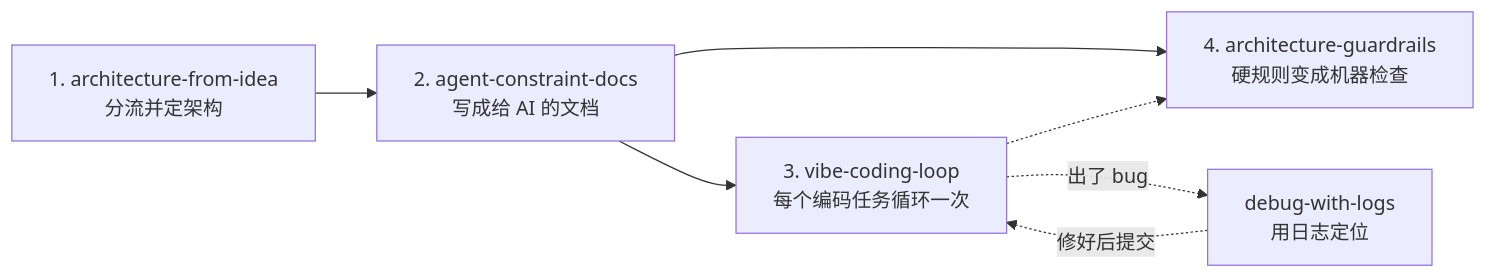
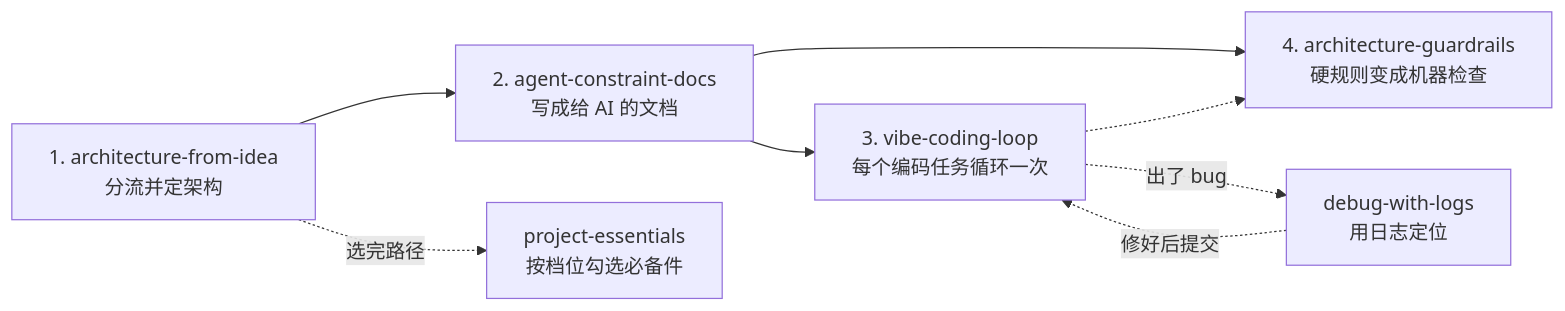
The first of 2 diagrams in README.md (wisdom-km/agent-skills), drawn with Mermaid before and after one commit. The commit also changed other lines of this file and 18 other files, not shown here.

Commit message:
Add project-essentials skill for beginner must-haves

````diff
--- a/README.md
+++ b/README.md
@@ -52,9 +73,10 @@
 ```mermaid
 flowchart LR
   A["1. architecture-from-idea<br/>分流并定架构"] --> B["2. agent-constraint-docs<br/>写成给 AI 的文档"]
   B --> C["3. vibe-coding-loop<br/>每个编码任务循环一次"]
   B --> D["4. architecture-guardrails<br/>硬规则变成机器检查"]
   C -.-> D
   C -. 出了 bug .-> E["debug-with-logs<br/>用日志定位"]
   E -. 修好后提交 .-> C
+  A -. 选完路径 .-> F["project-essentials<br/>按档位勾选必备件"]
 ```
````
